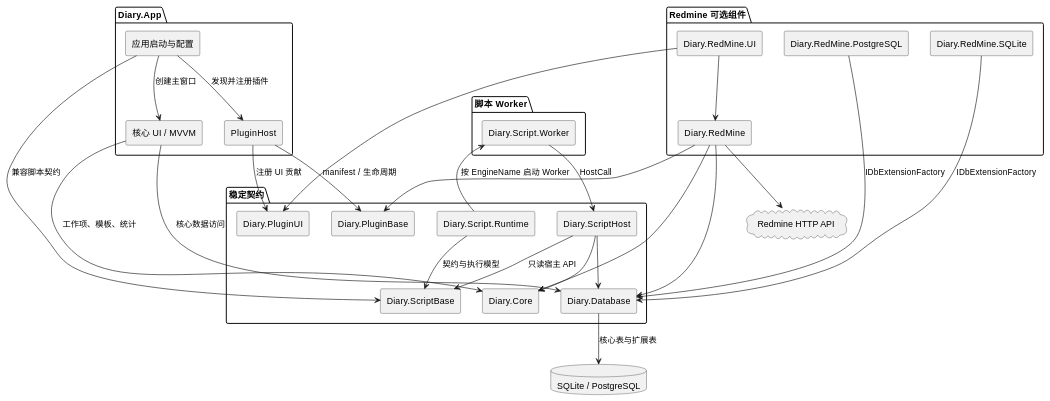
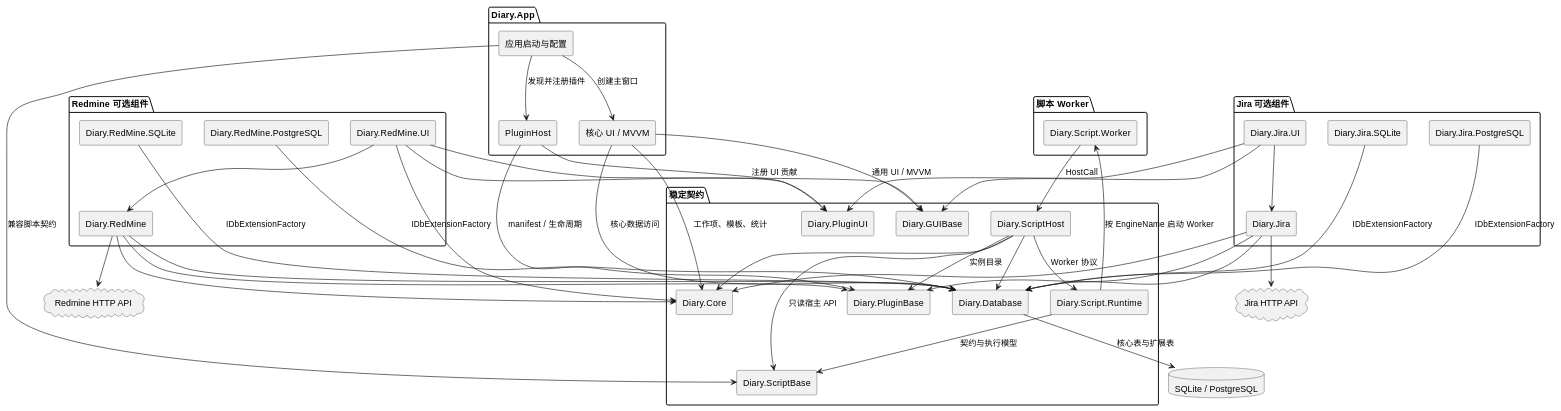
Before and after one commit to micro123/diary-app: the first of 3 diagrams in Docs/CurrentArchitecture.md, drawn with PlantUML. The commit also changed other lines of this file and 34 other files, not shown here.

First line of the commit message:
feat: 结果类 HostCall 返回完整结果 DTO（值返回语义）

````diff
--- a/Docs/CurrentArchitecture.md
+++ b/Docs/CurrentArchitecture.md
@@ -12,59 +12,82 @@
 ```plantuml
 @startuml
 skinparam componentStyle rectangle
 skinparam shadowing false
 
 package "Diary.App" {
   [应用启动与配置] as App
   [核心 UI / MVVM] as CoreUI
   [PluginHost] as Host
 }
 
 package "稳定契约" {
   [Diary.Core] as Core
   [Diary.Database] as Database
+  [Diary.GUIBase] as GuiBase
   [Diary.PluginBase] as PluginBase
   [Diary.PluginUI] as PluginUI
   [Diary.ScriptBase] as ScriptBase
   [Diary.ScriptHost] as ScriptHost
   [Diary.Script.Runtime] as ScriptRuntime
 }
 
 package "脚本 Worker" {
   [Diary.Script.Worker] as ScriptWorker
 }
 
 package "Redmine 可选组件" {
   [Diary.RedMine] as RedMine
   [Diary.RedMine.UI] as RedMineUI
   [Diary.RedMine.SQLite] as RedMineSqlite
   [Diary.RedMine.PostgreSQL] as RedMinePg
 }
 
+package "Jira 可选组件" {
+  [Diary.Jira] as Jira
+  [Diary.Jira.UI] as JiraUI
+  [Diary.Jira.SQLite] as JiraSqlite
+  [Diary.Jira.PostgreSQL] as JiraPg
+}
+
 database "SQLite / PostgreSQL" as Db
-cloud "Redmine HTTP API" as Api
+cloud "Redmine HTTP API" as RedmineApi
+cloud "Jira HTTP API" as JiraApi
 
 App --> Host : 发现并注册插件
 App --> CoreUI : 创建主窗口
 Host --> PluginBase : manifest / 生命周期
 Host --> PluginUI : 注册 UI 贡献
 App --> ScriptBase : 兼容脚本契约
-  ScriptRuntime --> ScriptBase : 契约与执行模型
-  ScriptHost --> ScriptBase : 只读宿主 API
-  ScriptRuntime --> ScriptWorker : 按 EngineName 启动 Worker
-  ScriptWorker --> ScriptHost : HostCall
+CoreUI --> GuiBase : 通用 UI / MVVM
+ScriptRuntime --> ScriptBase : 契约与执行模型
+ScriptRuntime --> ScriptWorker : 按 EngineName 启动 Worker
+ScriptWorker --> ScriptHost : HostCall
+ScriptHost --> ScriptBase : 只读宿主 API
+ScriptHost --> ScriptRuntime : Worker 协议
+ScriptHost --> PluginBase : 实例目录
 ScriptHost --> Core
 ScriptHost --> Database
 CoreUI --> Core : 工作项、模板、统计
 CoreUI --> Database : 核心数据访问
 RedMine --> PluginBase
 RedMine --> Core
 RedMine --> Database
 RedMineUI --> PluginUI
 RedMineUI --> RedMine
+RedMineUI --> GuiBase
+RedMineUI --> Core
 RedMineSqlite --> Database : IDbExtensionFactory
 RedMinePg --> Database : IDbExtensionFactory
+Jira --> PluginBase
+Jira --> Core
+Jira --> Database
+JiraUI --> PluginUI
+JiraUI --> Jira
+JiraUI --> GuiBase
+JiraSqlite --> Database : IDbExtensionFactory
+JiraPg --> Database : IDbExtensionFactory
 Database --> Db : 核心表与扩展表
-RedMine --> Api
+RedMine --> RedmineApi
+Jira --> JiraApi
 @enduml
 ```
````
